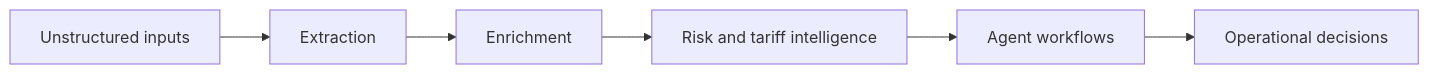
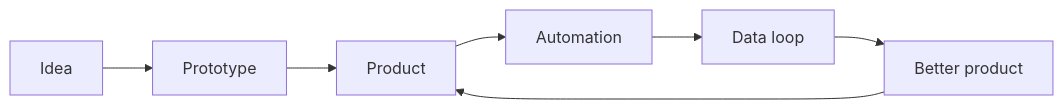
Before and after one commit to prayastiwari/prayastiwari: the diagram in README.md, drawn with Mermaid. The commit also changed other lines of this file and 1 other file, not shown here.

````diff
--- a/README.md
+++ b/README.md
@@ -45,8 +35,9 @@
 ```mermaid
 flowchart LR
-  A[Unstructured inputs] --> B[Extraction]
-  B --> C[Enrichment]
-  C --> D[Risk and tariff intelligence]
-  D --> E[Agent workflows]
-  E --> F[Operational decisions]
+  A[Idea] --> B[Prototype]
+  B --> C[Product]
+  C --> D[Automation]
+  D --> E[Data loop]
+  E --> F[Better product]
+  F --> C
 ```
````
